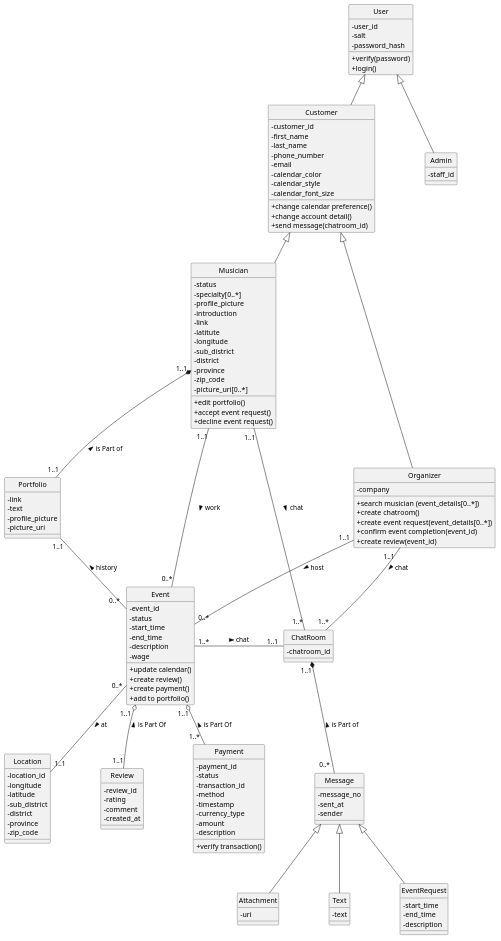
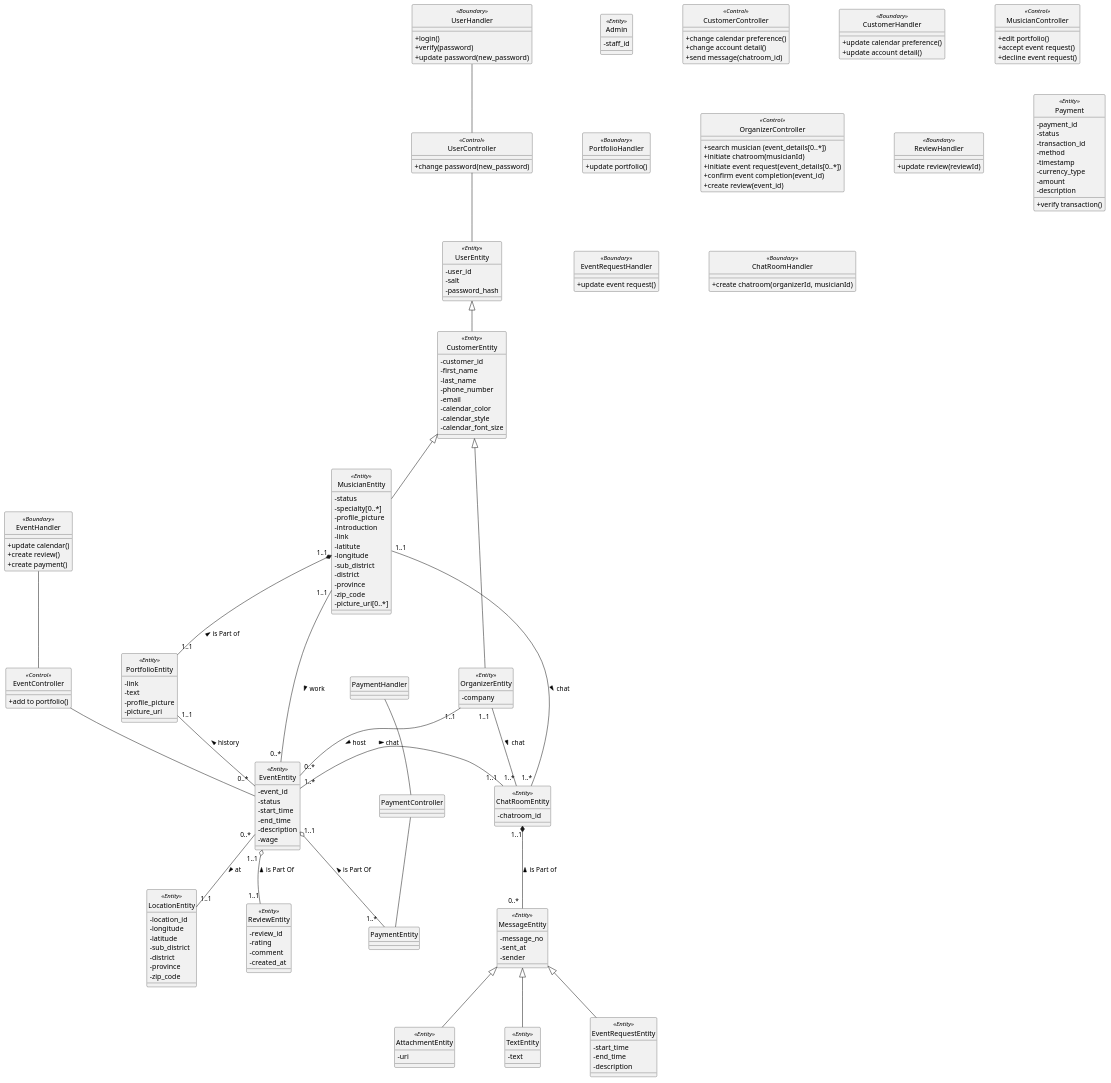
One commit to thanadolps/SE-digrams changed the diagram in class_diagram.puml. Above: the diagram before and after it, drawn with PlantUML.

Commit message:
Start updating classDiagram to ECB

```diff
--- a/class_diagram.puml
+++ b/class_diagram.puml
@@ -14,26 +14,59 @@
     'skinparam classBackgroundColor #d0b6eb
     'skinparam ClassFontSize 10 
 
-    User <|-- Customer
-    User <|-- Admin
-    Customer <|-- Musician
-    Customer <|-- Organizer
+    UserEntity <|-- CustomerEntity
+    CustomerEntity <|-- MusicianEntity
+    CustomerEntity <|-- OrganizerEntity
+    MusicianEntity "1..1" *-- "1..1" PortfolioEntity: is Part of <
+    PortfolioEntity "1..1" -- "0..*\t" EventEntity: history <
+
+    'Musician "1..1" -- "1..1" Location: live_at
+    MusicianEntity "1..1" -- "0..*" EventEntity: work >
+    EventEntity "0..*" -- "1..1" LocationEntity: at >
+    OrganizerEntity "1..1" -- "0..*" EventEntity: host >
+
+    EventEntity "1..1\t" o-- "1..1" ReviewEntity: is Part Of <
+    EventEntity "1..1" o-- "1..*\t" PaymentEntity: is Part Of <
+
+    MessageEntity  <|-- AttachmentEntity
+    MessageEntity  <|-- TextEntity
+    MessageEntity  <|-- EventRequestEntity
+
+    ChatRoomEntity "1..1" *-- "0..*\t" MessageEntity: is Part of <
+    EventEntity "1..*" - "1..1 " ChatRoomEntity: chat >
+    OrganizerEntity "1..1\t" -- "1..*" ChatRoomEntity: chat >
+    MusicianEntity "1..1" -- "1..*" ChatRoomEntity: chat >
+
+    UserHandler -- UserController
+    UserController -- UserEntity
+    EventHandler -- EventController
+    EventController -- EventEntity
+    PaymentHandler -- PaymentController
+    PaymentController -- PaymentEntity
+    
 
 
-    class User {
+    class UserHandler <<Boundary>> {
+        +login()
+        +verify(password)
+        +update password(new_password)
+    }
+
+    class UserController <<Control>> {
+        +change password(new_password)
+    }
+
+    class UserEntity <<Entity>> {
         -user_id
         -salt
         -password_hash
-        +verify(password)
-        +login()
     }
 
-    class Admin {
+    class Admin <<Entity>> {
         -staff_id
-        
     }
 
-    class Customer {
+    class CustomerEntity <<Entity>> {
         -customer_id
         -first_name
         -last_name
@@ -42,12 +75,20 @@
         -calendar_color
         -calendar_style
         -calendar_font_size
+    }
+
+    class CustomerController <<Control>> {
         +change calendar preference()
         +change account detail()
         +send message(chatroom_id)
     }
 
-    class Musician {
+    class CustomerHandler <<Boundary>> {
+        +update calendar preference()
+        +update account detail()
+    }
+
+    class MusicianEntity <<Entity>> {
         -status
         -specialty[0..*]
         -profile_picture
@@ -60,50 +101,59 @@
         -province
         -zip_code
         -picture_uri[0..*]
+    }
+
+    class MusicianController <<Control>> {
         +edit portfolio()
         +accept event request()
         +decline event request()
-    }
+    }  
+
     'User "1..1" -- "1..1\t" Credential: authenticate <
 
-    class Portfolio {
+    class PortfolioEntity <<Entity>> {
         -link
         -text
         -profile_picture
         -picture_uri
     }
-    Musician "1..1" *-- "1..1" Portfolio: is Part of <
-    Portfolio "1..1" -- "0..*\t" Event: history <
+
+    class PortfolioHandler <<Boundary>> {
+        +update portfolio()
+    }
 
 
-    class Organizer {
+    class OrganizerEntity <<Entity>> {
         -company
+    }
+
+    class OrganizerController <<Control>> {
         +search musician (event_details[0..*])
-        +create chatroom()
-        +create event request(event_details[0..*])
+        +initiate chatroom(musicianId)
+        +initiate event request(event_details[0..*])
         +confirm event completion(event_id)
         +create review(event_id)
     }
 
-    class Event {
+    class EventEntity <<Entity>> {
         -event_id
         -status
         -start_time
         -end_time
         -description
         -wage
+    }
+
+    class EventController <<Control>> {
+        +add to portfolio()
+    }       
+
+    class EventHandler <<Boundary>> {
         +update calendar()
         +create review()
         +create payment()
-        +add to portfolio()
     }
-
-    'Musician "1..1" -- "1..1" Location: live_at
-    Musician "1..1" -- "0..*" Event: work >
-    Event "0..*" -- "1..1" Location: at >
-    Organizer "1..1" -- "0..*" Event: host >
-    
-    class Location {
+    class LocationEntity <<Entity>> {
         -location_id
         -longitude
         -latitude
@@ -113,14 +163,18 @@
         -zip_code
     }
 
-    class Review {
+    class ReviewEntity <<Entity>> {
         -review_id
         -rating
         -comment
         -created_at
     }
 
-    class Payment {
+    class ReviewHandler <<Boundary>> {
+        +update review(reviewId)
+    }
+
+    class Payment <<Entity>>{
         -payment_id
         -status
         -transaction_id
@@ -132,40 +186,36 @@
         +verify transaction()
     } 
 
-    Event "1..1\t" o-- "1..1" Review: is Part Of <
-    Event "1..1" o-- "1..*\t" Payment: is Part Of <
-
-    Message <|-- Attachment
-    Message <|-- Text
-    Message <|-- EventRequest
-
-    class Message {
+    class MessageEntity <<Entity>> {
         -message_no
         -sent_at
         -sender
     }
 
-    class Attachment {
+    class AttachmentEntity <<Entity>> {
         -uri
     }
 
-    class Text {
+    class TextEntity <<Entity>> {
         -text
     }
 
-    class EventRequest {
+    class EventRequestEntity <<Entity>> {
         -start_time
         -end_time
         -description
     }
 
-    class ChatRoom {
+    class EventRequestHandler <<Boundary>> {
+        +update event request()
+    }
+
+    class ChatRoomEntity <<Entity>> {
         -chatroom_id
     } 
     
-    ChatRoom "1..1" *-- "0..*\t" Message: is Part of <
-    Event "1..*" - "1..1 " ChatRoom: chat >
-    Organizer "1..1\t" -- "1..*" ChatRoom: chat >
-    Musician "1..1" -- "1..*" ChatRoom: chat >
+    class ChatRoomHandler <<Boundary>> {
+        +create chatroom(organizerId, musicianId)
+    }
 
 @enduml
```
